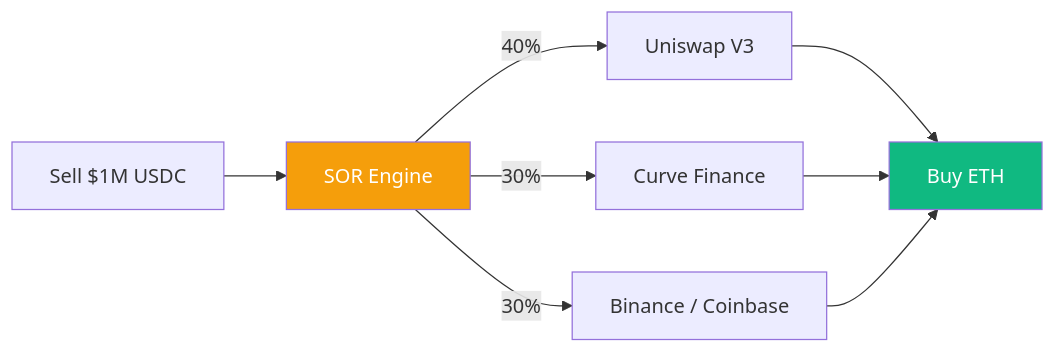
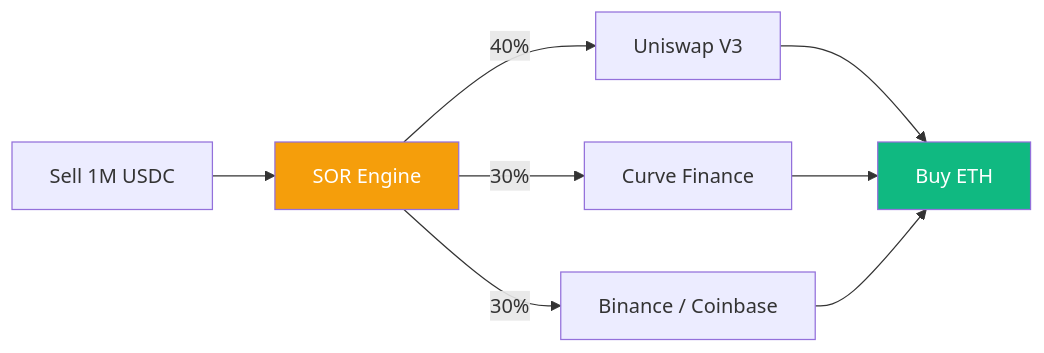
One commit to russiankendricklamar/LLM-Wiki changed the diagram in obsidian-vault/en/finance/defi/smart-order-routing.md. Above: the diagram before and after it, drawn with Mermaid. The commit also changed other lines of this file and 283 other files, not shown here.

First line of the commit message:
feat: PhD-level math expansions, course program, graph perf, Nyquist rebrand

````diff
--- a/obsidian-vault/en/finance/defi/smart-order-routing.md
+++ b/obsidian-vault/en/finance/defi/smart-order-routing.md
@@ -47,13 +47,13 @@
 ```mermaid
 graph LR
-    User[Sell $1M USDC] --> SOR[SOR Engine]
+    User[Sell 1M USDC] --> SOR[SOR Engine]
     SOR -->|40%| Uni[Uniswap V3]
     SOR -->|30%| Curve[Curve Finance]
     SOR -->|30%| CEX[Binance / Coinbase]
     Uni --> Result[Buy ETH]
     Curve --> Result
     CEX --> Result
     
     style SOR fill:#f59e0b,color:#fff
     style Result fill:#10b981,color:#fff
 ```
````
